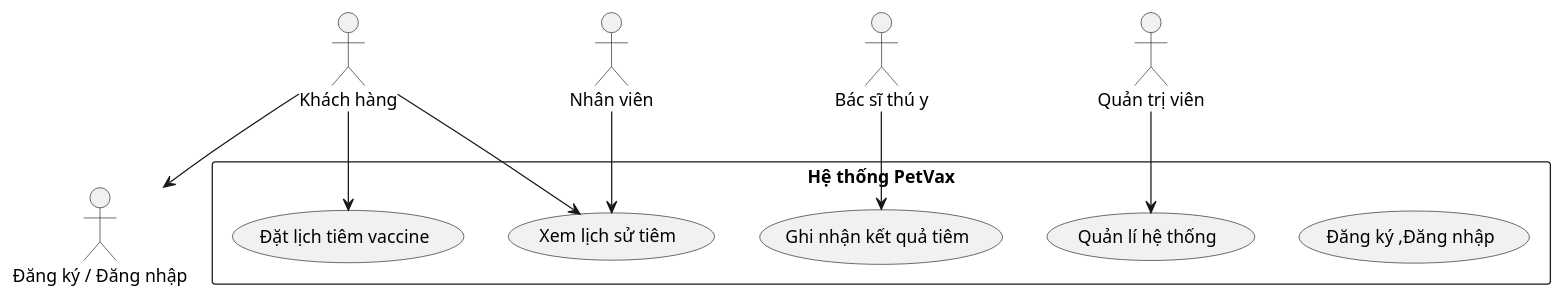
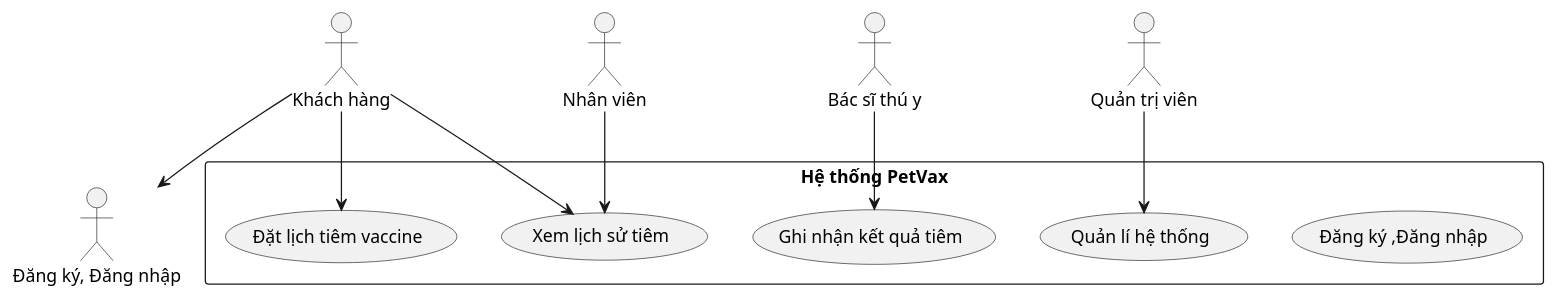
The first of 10 diagrams in README.md (KaiyoDev/PetVax), drawn with PlantUML before and after one commit. The commit also changed other lines of this file, not shown here.

````diff
--- a/README.md
+++ b/README.md
@@ -111,27 +111,27 @@
 ```plantuml
 @startuml
 
 actor "Khách hàng"
 actor "Nhân viên"
 actor "Bác sĩ thú y"
 actor "Quản trị viên"
 
 rectangle "Hệ thống PetVax" {
   usecase "Đăng ký ,Đăng nhập"
   usecase "Đặt lịch tiêm vaccine"
   usecase "Xem lịch sử tiêm"
   usecase "Ghi nhận kết quả tiêm"
   usecase "Quản lí hệ thống"
 }
 
-"Khách hàng" --> "Đăng ký / Đăng nhập"
+"Khách hàng" --> "Đăng ký, Đăng nhập"
 "Khách hàng" --> "Đặt lịch tiêm vaccine"
 "Khách hàng" --> "Xem lịch sử tiêm"
 
 "Nhân viên" --> "Xem lịch sử tiêm"
 
 "Bác sĩ thú y" --> "Ghi nhận kết quả tiêm"
 
 "Quản trị viên" --> "Quản lí hệ thống"
 @enduml
 ```
````
